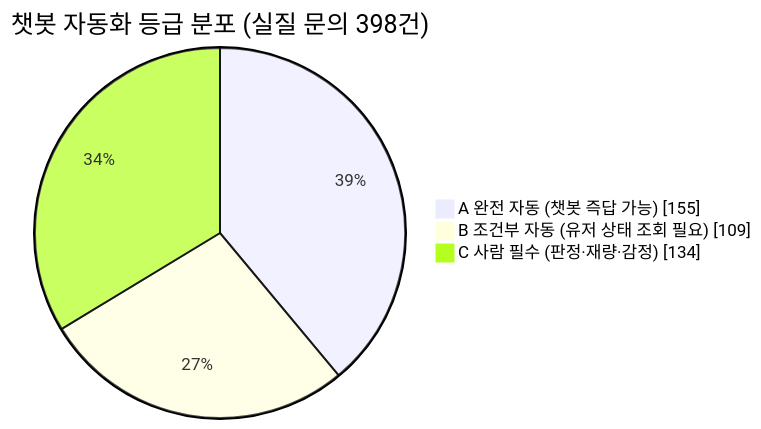
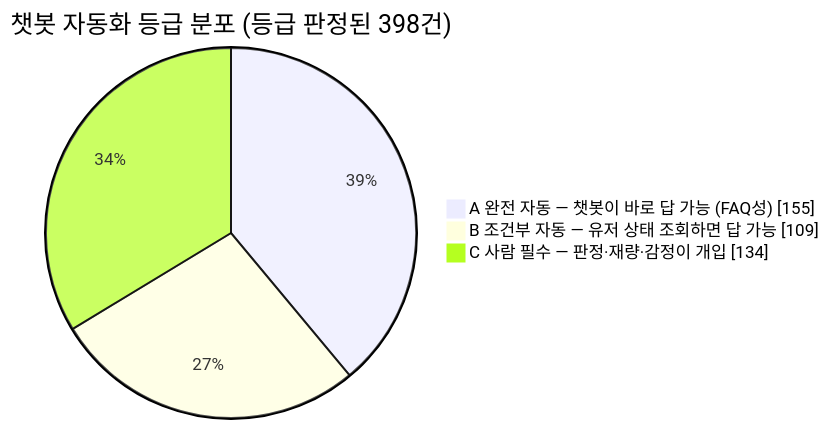
Before and after one commit to steve0joo/snow-ai-cs: the first of 2 diagrams in README.md, drawn with Mermaid. The commit also changed other lines of this file, not shown here.

````diff
--- a/README.md
+++ b/README.md
@@ -88,7 +48,7 @@
 ```mermaid
 pie showData
-    title 챗봇 자동화 등급 분포 (실질 문의 398건)
-    "A 완전 자동 (챗봇 즉답 가능)" : 155
-    "B 조건부 자동 (유저 상태 조회 필요)" : 109
-    "C 사람 필수 (판정·재량·감정)" : 134
+    title 챗봇 자동화 등급 분포 (등급 판정된 398건)
+    "A 완전 자동 — 챗봇이 바로 답 가능 (FAQ성)" : 155
+    "B 조건부 자동 — 유저 상태 조회하면 답 가능" : 109
+    "C 사람 필수 — 판정·재량·감정이 개입" : 134
 ```
````
